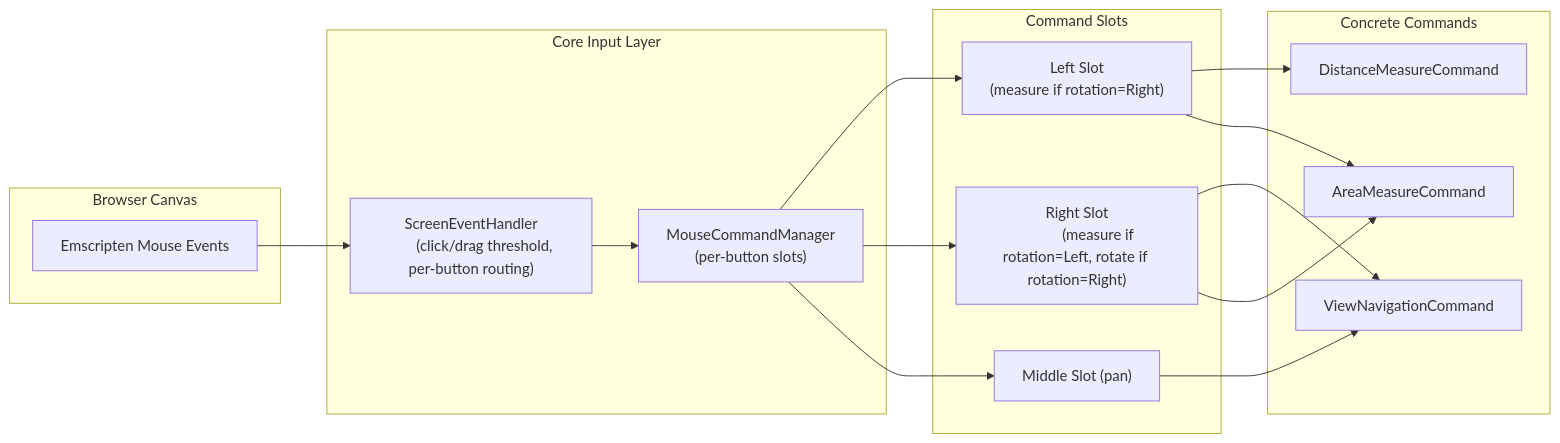
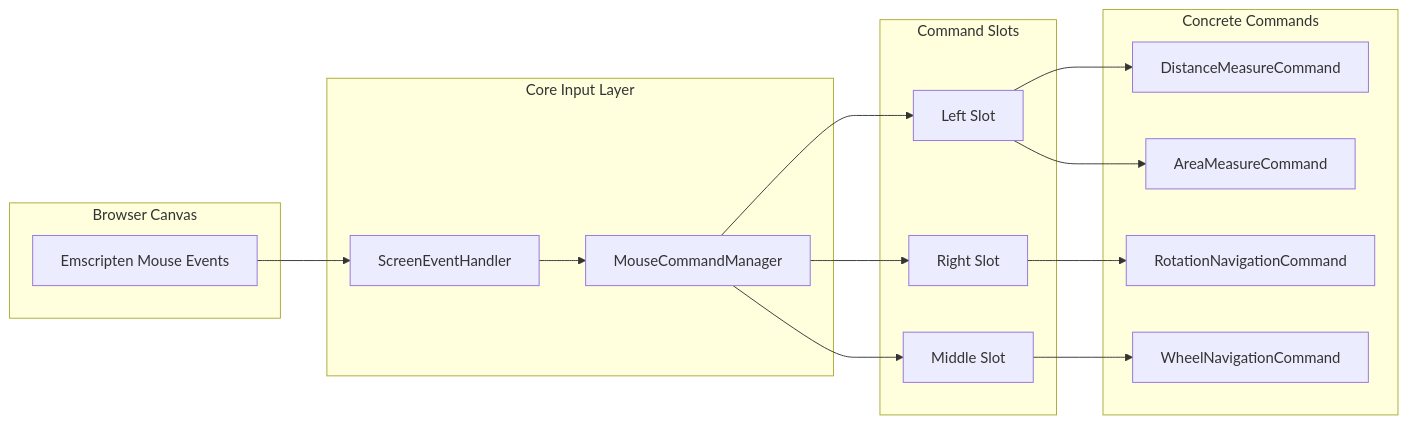
Before and after one commit to vfa-khaidt1/vfa-cdn: the first of 2 diagrams in GraphV3.md, drawn with Mermaid.

Commit message:
Refactor command and slot connections in GraphV3

````diff
--- a/GraphV3.md
+++ b/GraphV3.md
@@ -1,39 +1,35 @@
 ```mermaid
 flowchart LR
     subgraph Input["Browser Canvas"]
         Raw["Emscripten Mouse Events"]
     end
 
-    Raw --> Router["ScreenEventHandler
-        (click/drag threshold, per-button routing)"]
+    Raw --> Router["ScreenEventHandler"]
 
     subgraph Core["Core Input Layer"]
-        Router --> CM["MouseCommandManager
-            (per-button slots)"]
+        Router --> CM["MouseCommandManager"]
     end
 
     subgraph Slots["Command Slots"]
-        LSlot["Left Slot
-            (measure if rotation=Right)"]
-        RSlot["Right Slot
-            (measure if rotation=Left, rotate if rotation=Right)"]
-        MSlot["Middle Slot (pan)"]
+        LSlot["Left Slot"]
+        RSlot["Right Slot"]
+        MSlot["Middle Slot"]
     end
 
     CM --> LSlot
     CM --> RSlot
     CM --> MSlot
 
     subgraph Commands["Concrete Commands"]
         DMC["DistanceMeasureCommand"]
-        VNC["ViewNavigationCommand"]
+        RNC["RotationNavigationCommand"]
         AMC["AreaMeasureCommand"]
+        WNC["WheelNavigationCommand"]
     end
 
     LSlot --> DMC
-    RSlot --> VNC
-    MSlot --> VNC
+    RSlot --> RNC
+    MSlot --> WNC
     LSlot --> AMC
-    RSlot --> AMC
 
 ```
````
